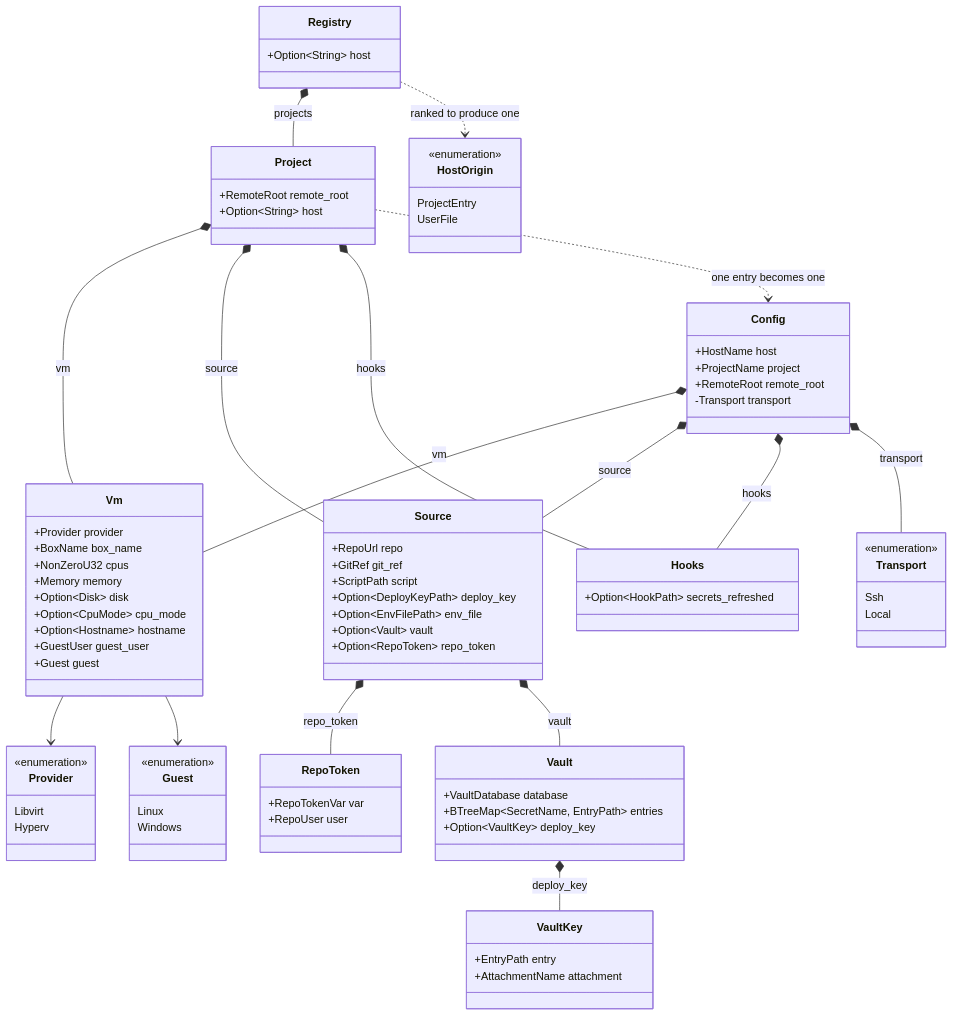
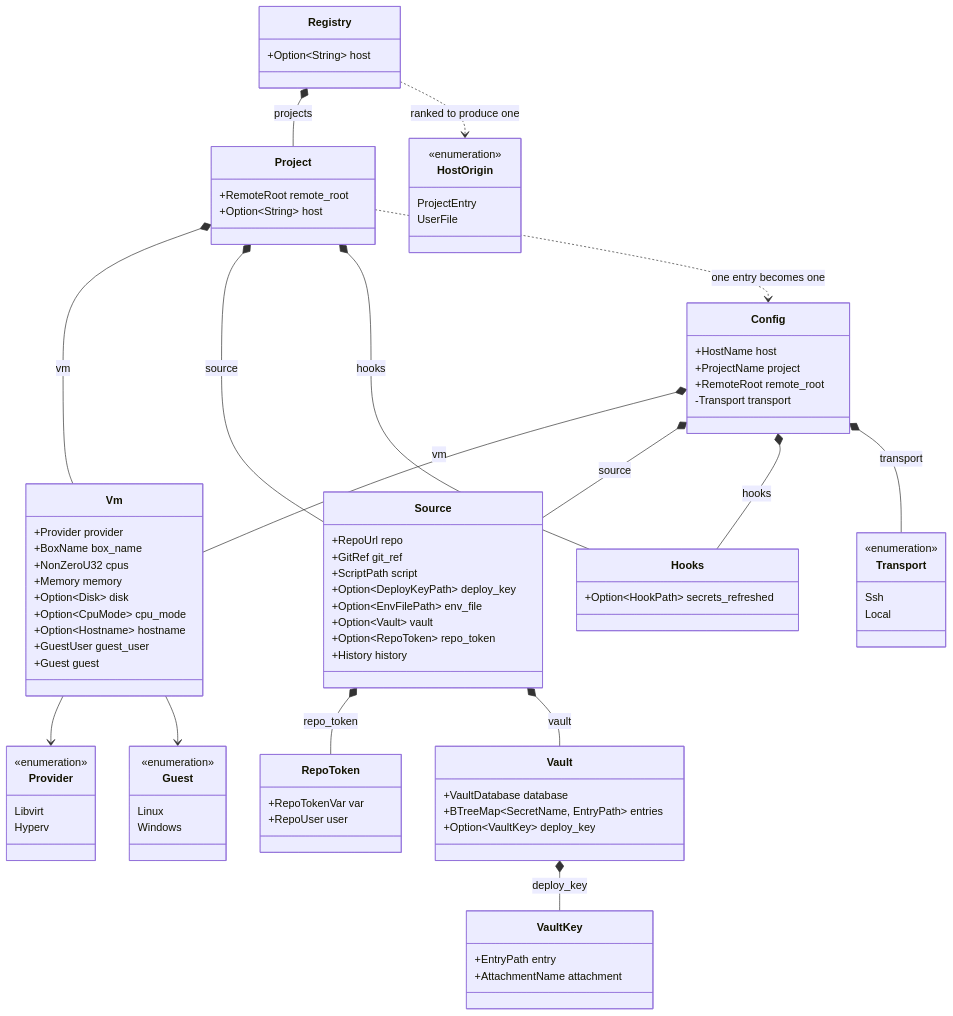
The third of 6 diagrams in docs/architecture.md (breki/bombyx), drawn with Mermaid before and after one commit. The commit also changed 11 other files, not shown here.

```diff
--- a/docs/architecture.md
+++ b/docs/architecture.md
@@ -175,6 +175,7 @@
     +Option~EnvFilePath~ env_file
     +Option~Vault~ vault
     +Option~RepoToken~ repo_token
+    +History history
   }
   class Vault {
     +VaultDatabase database
```
